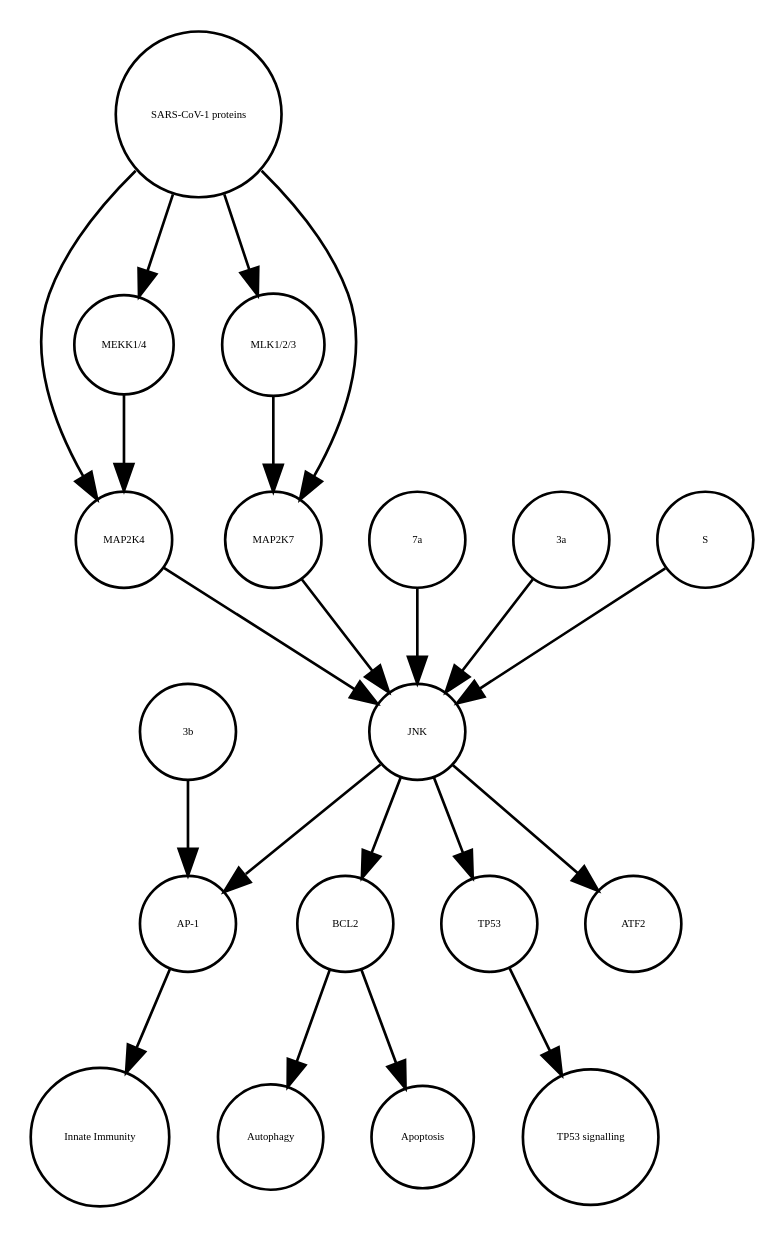
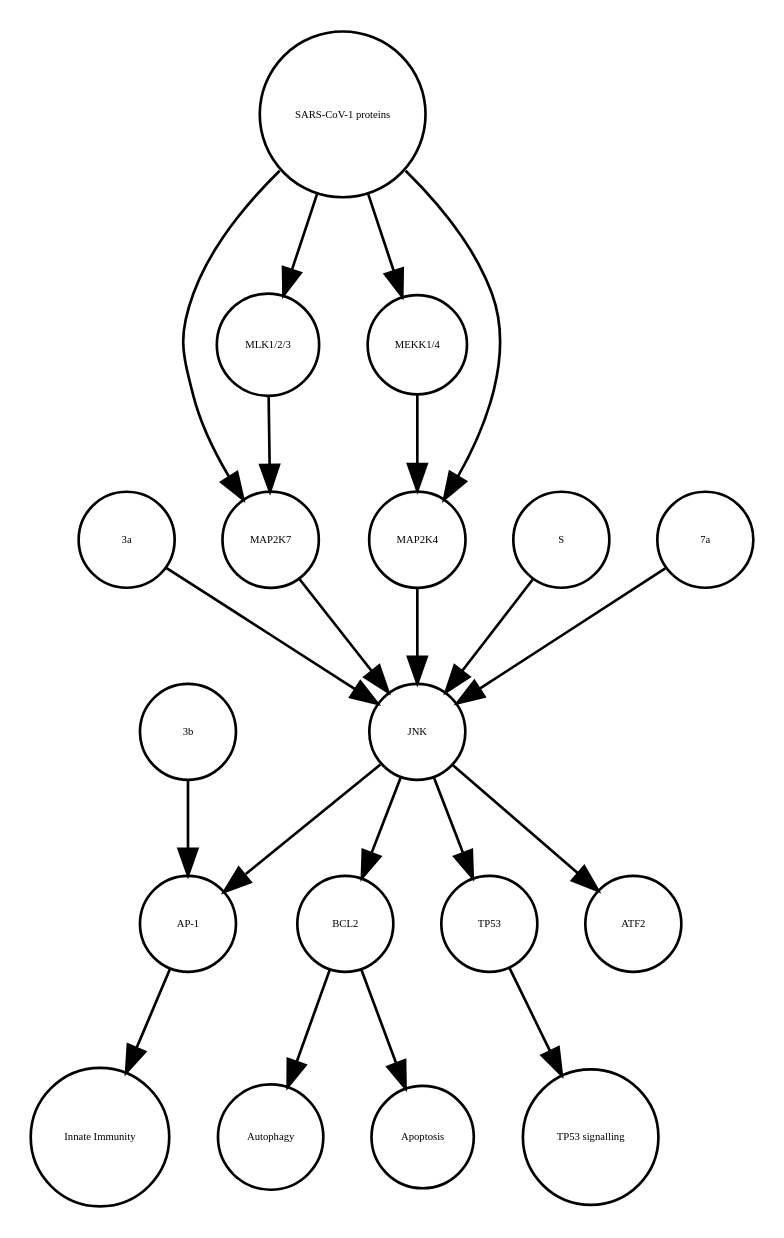
Before and after one commit to cannin/covid19-sbgn: the diagram in JNK_pathway_stable.xml_projected.dot, drawn with Graphviz. The commit also changed other lines of this file and 613 other files, not shown here.

```diff
--- a/JNK_pathway_stable.xml_projected.dot
+++ b/JNK_pathway_stable.xml_projected.dot
@@ -1,40 +1,40 @@
 strict digraph  {
 BCL2 [annotation=urn_miriam_ncbigene_596, bipartite=0, cls=macromolecule, fontsize=4, label=BCL2, shape=circle];
 Autophagy [annotation="urn_miriam_obo.go_GO%3A0006914", bipartite=0, cls=phenotype, fontsize=4, label=Autophagy, shape=circle];
 "AP-1" [annotation="", bipartite=0, cls=complex, fontsize=4, label="AP-1", shape=circle];
 "Innate Immunity" [annotation="urn_miriam_obo.go_GO%3A0045087", bipartite=0, cls=phenotype, fontsize=4, label="Innate Immunity", shape=circle];
 TP53 [annotation=urn_miriam_ncbigene_7157, bipartite=0, cls=macromolecule, fontsize=4, label=TP53, shape=circle];
 "TP53 signalling" [annotation="urn_miriam_obo.go_GO%3A0072331", bipartite=0, cls=phenotype, fontsize=4, label="TP53 signalling", shape=circle];
 Apoptosis [annotation="urn_miriam_obo.go_GO%3A0006915", bipartite=0, cls=phenotype, fontsize=4, label=Apoptosis, shape=circle];
+"3a" [annotation=urn_miriam_uniprot_P59632, bipartite=0, cls=macromolecule, fontsize=4, label="3a", shape=circle];
+MAP2K7 [annotation=urn_miriam_ncbigene_5609, bipartite=0, cls=macromolecule, fontsize=4, label=MAP2K7, shape=circle];
+"SARS-CoV-1 proteins" [annotation="", bipartite=0, cls=complex, fontsize=4, label="SARS-CoV-1 proteins", shape=circle];
+"MEKK1/4" [annotation="", bipartite=0, cls=complex, fontsize=4, label="MEKK1/4", shape=circle];
+S [annotation=urn_miriam_uniprot_P59594, bipartite=0, cls=macromolecule, fontsize=4, label=S, shape=circle];
+JNK [annotation="", bipartite=0, cls=complex, fontsize=4, label=JNK, shape=circle];
+"7a" [annotation=urn_miriam_uniprot_P59635, bipartite=0, cls=macromolecule, fontsize=4, label="7a", shape=circle];
+"3b" [annotation=urn_miriam_uniprot_P59633, bipartite=0, cls=macromolecule, fontsize=4, label="3b", shape=circle];
+ATF2 [annotation=urn_miriam_ncbigene_1386, bipartite=0, cls=macromolecule, fontsize=4, label=ATF2, shape=circle];
+"MLK1/2/3" [annotation="", bipartite=0, cls=complex, fontsize=4, label="MLK1/2/3", shape=circle];
 MAP2K4 [annotation=urn_miriam_ncbigene_6416, bipartite=0, cls=macromolecule, fontsize=4, label=MAP2K4, shape=circle];
-"SARS-CoV-1 proteins" [annotation="", bipartite=0, cls=complex, fontsize=4, label="SARS-CoV-1 proteins", shape=circle];
-JNK [annotation="", bipartite=0, cls=complex, fontsize=4, label=JNK, shape=circle];
-"MEKK1/4" [annotation="", bipartite=0, cls=complex, fontsize=4, label="MEKK1/4", shape=circle];
-"MLK1/2/3" [annotation="", bipartite=0, cls=complex, fontsize=4, label="MLK1/2/3", shape=circle];
-"7a" [annotation=urn_miriam_uniprot_P59635, bipartite=0, cls=macromolecule, fontsize=4, label="7a", shape=circle];
-MAP2K7 [annotation=urn_miriam_ncbigene_5609, bipartite=0, cls=macromolecule, fontsize=4, label=MAP2K7, shape=circle];
-"3a" [annotation=urn_miriam_uniprot_P59632, bipartite=0, cls=macromolecule, fontsize=4, label="3a", shape=circle];
-ATF2 [annotation=urn_miriam_ncbigene_1386, bipartite=0, cls=macromolecule, fontsize=4, label=ATF2, shape=circle];
-"3b" [annotation=urn_miriam_uniprot_P59633, bipartite=0, cls=macromolecule, fontsize=4, label="3b", shape=circle];
-S [annotation=urn_miriam_uniprot_P59594, bipartite=0, cls=macromolecule, fontsize=4, label=S, shape=circle];
 BCL2 -> Autophagy  [annotation="", interaction_type="necessary stimulation"];
 BCL2 -> Apoptosis  [annotation="", interaction_type=inhibition];
 "AP-1" -> "Innate Immunity"  [annotation="", interaction_type="necessary stimulation"];
 TP53 -> "TP53 signalling"  [annotation="", interaction_type="necessary stimulation"];
-MAP2K4 -> JNK  [annotation="urn_miriam_pubmed_17141229|urn_miriam_taxonomy_694009|urn_miriam_taxonomy_392815", interaction_type=stimulation];
+"3a" -> JNK  [annotation="urn_miriam_pubmed_17141229|urn_miriam_taxonomy_694009|urn_miriam_taxonomy_392815", interaction_type=stimulation];
+MAP2K7 -> JNK  [annotation="urn_miriam_pubmed_17141229|urn_miriam_taxonomy_694009|urn_miriam_taxonomy_392815", interaction_type=stimulation];
+"SARS-CoV-1 proteins" -> "MLK1/2/3"  [annotation="urn_miriam_taxonomy_694009|urn_miriam_pubmed_31226023|urn_miriam_taxonomy_392815", interaction_type=stimulation];
 "SARS-CoV-1 proteins" -> MAP2K4  [annotation="urn_miriam_pubmed_31226023|urn_miriam_taxonomy_694009|urn_miriam_taxonomy_392815", interaction_type=stimulation];
 "SARS-CoV-1 proteins" -> "MEKK1/4"  [annotation="urn_miriam_pubmed_31226023|urn_miriam_taxonomy_694009|urn_miriam_taxonomy_392815", interaction_type=stimulation];
 "SARS-CoV-1 proteins" -> MAP2K7  [annotation="urn_miriam_pubmed_31226023|urn_miriam_taxonomy_694009|urn_miriam_taxonomy_392815", interaction_type=stimulation];
-"SARS-CoV-1 proteins" -> "MLK1/2/3"  [annotation="urn_miriam_taxonomy_694009|urn_miriam_pubmed_31226023|urn_miriam_taxonomy_392815", interaction_type=stimulation];
+"MEKK1/4" -> MAP2K4  [annotation="urn_miriam_pubmed_31226023|urn_miriam_taxonomy_694009|urn_miriam_taxonomy_392815", interaction_type=stimulation];
+S -> JNK  [annotation="urn_miriam_pubmed_17267381|urn_miriam_taxonomy_694009|urn_miriam_taxonomy_392815", interaction_type=stimulation];
+JNK -> ATF2  [annotation=urn_miriam_pubmed_7824938, interaction_type=stimulation];
 JNK -> TP53  [annotation=urn_miriam_pubmed_9724739, interaction_type=stimulation];
 JNK -> BCL2  [annotation=urn_miriam_pubmed_10567572, interaction_type=stimulation];
-JNK -> ATF2  [annotation=urn_miriam_pubmed_7824938, interaction_type=stimulation];
 JNK -> "AP-1"  [annotation="urn_miriam_pubmed_21561061|urn_miriam_taxonomy_694009", interaction_type=stimulation];
-"MEKK1/4" -> MAP2K4  [annotation="urn_miriam_pubmed_31226023|urn_miriam_taxonomy_694009|urn_miriam_taxonomy_392815", interaction_type=stimulation];
+"7a" -> JNK  [annotation="urn_miriam_pubmed_17141229|urn_miriam_taxonomy_694009|urn_miriam_taxonomy_392815", interaction_type=stimulation];
+"3b" -> "AP-1"  [annotation="urn_miriam_pubmed_21561061|urn_miriam_taxonomy_694009", interaction_type=stimulation];
 "MLK1/2/3" -> MAP2K7  [annotation="urn_miriam_pubmed_31226023|urn_miriam_taxonomy_694009|urn_miriam_taxonomy_392815", interaction_type=stimulation];
-"7a" -> JNK  [annotation="urn_miriam_pubmed_17141229|urn_miriam_taxonomy_694009|urn_miriam_taxonomy_392815", interaction_type=stimulation];
-MAP2K7 -> JNK  [annotation="urn_miriam_pubmed_17141229|urn_miriam_taxonomy_694009|urn_miriam_taxonomy_392815", interaction_type=stimulation];
-"3a" -> JNK  [annotation="urn_miriam_pubmed_17141229|urn_miriam_taxonomy_694009|urn_miriam_taxonomy_392815", interaction_type=stimulation];
-"3b" -> "AP-1"  [annotation="urn_miriam_pubmed_21561061|urn_miriam_taxonomy_694009", interaction_type=stimulation];
-S -> JNK  [annotation="urn_miriam_pubmed_17267381|urn_miriam_taxonomy_694009|urn_miriam_taxonomy_392815", interaction_type=stimulation];
+MAP2K4 -> JNK  [annotation="urn_miriam_pubmed_17141229|urn_miriam_taxonomy_694009|urn_miriam_taxonomy_392815", interaction_type=stimulation];
 }
```
